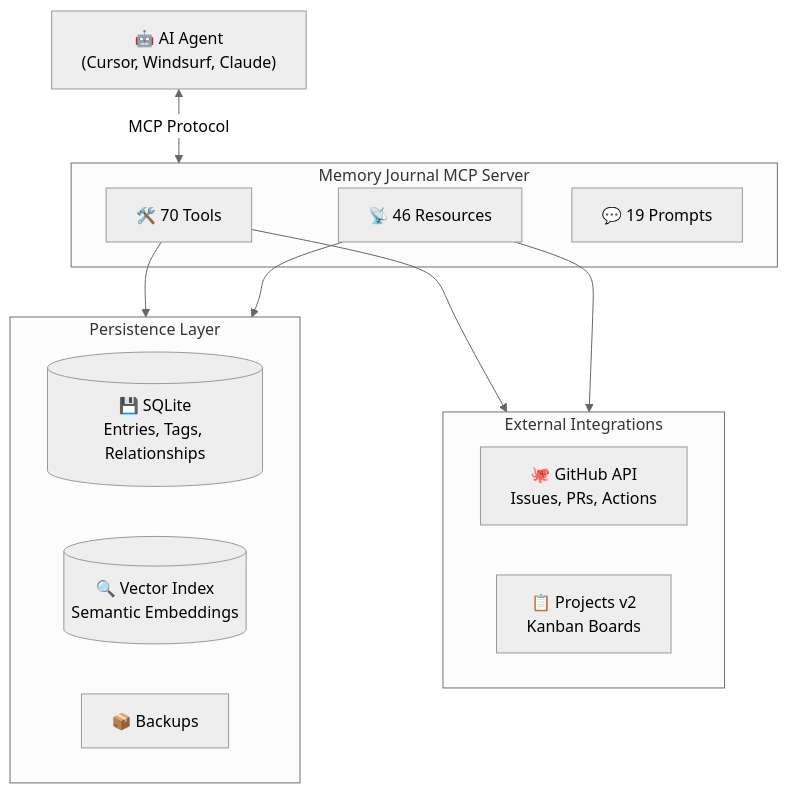
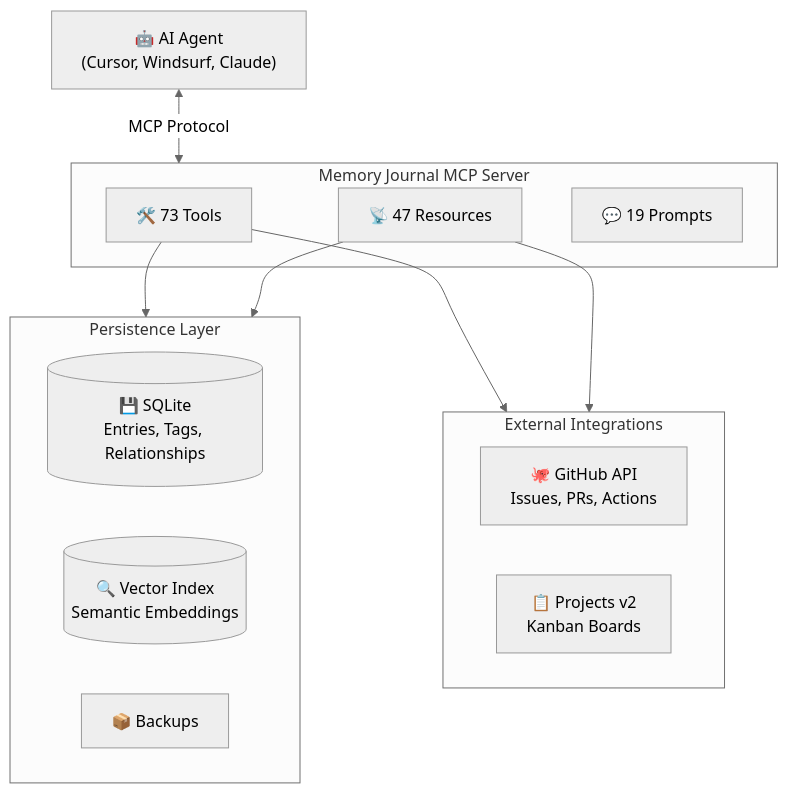
One commit to neverinfamous/memory-journal-mcp changed the second of 2 diagrams in README.md. Above: the diagram before and after it, drawn with Mermaid (neutral theme). The commit also changed other lines of this file and 16 other files, not shown here.

````diff
--- a/README.md
+++ b/README.md
@@ -741,27 +743,27 @@
 ```mermaid
 flowchart TB
     AI["🤖 AI Agent<br/>(Cursor, Windsurf, Claude)"]
 
     subgraph MCP["Memory Journal MCP Server"]
-        Tools["🛠️ 70 Tools"]
-        Resources["📡 46 Resources"]
+        Tools["🛠️ 73 Tools"]
+        Resources["📡 47 Resources"]
         Prompts["💬 19 Prompts"]
     end
 
     subgraph Storage["Persistence Layer"]
         SQLite[("💾 SQLite<br/>Entries, Tags, Relationships")]
         Vector[("🔍 Vector Index<br/>Semantic Embeddings")]
         Backups["📦 Backups"]
     end
 
     subgraph External["External Integrations"]
         GitHub["🐙 GitHub API<br/>Issues, PRs, Actions"]
         Kanban["📋 Projects v2<br/>Kanban Boards"]
     end
 
     AI <-->|"MCP Protocol"| MCP
     Tools --> Storage
     Tools --> External
     Resources --> Storage
     Resources --> External
 ```
````
